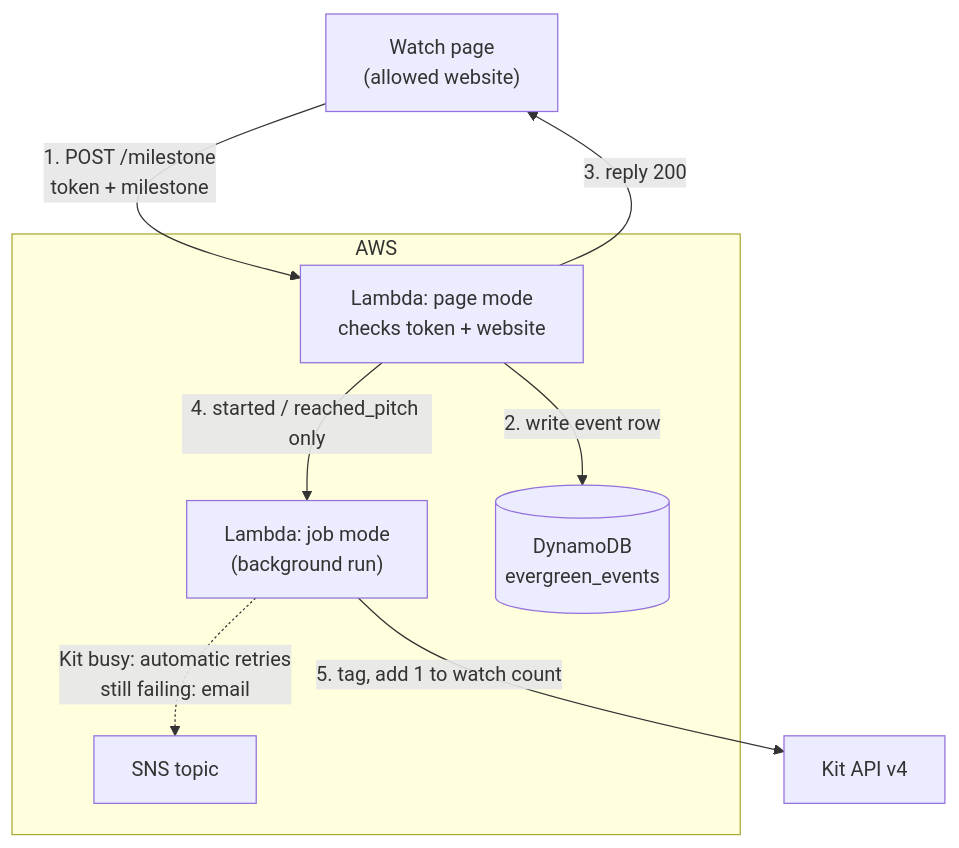
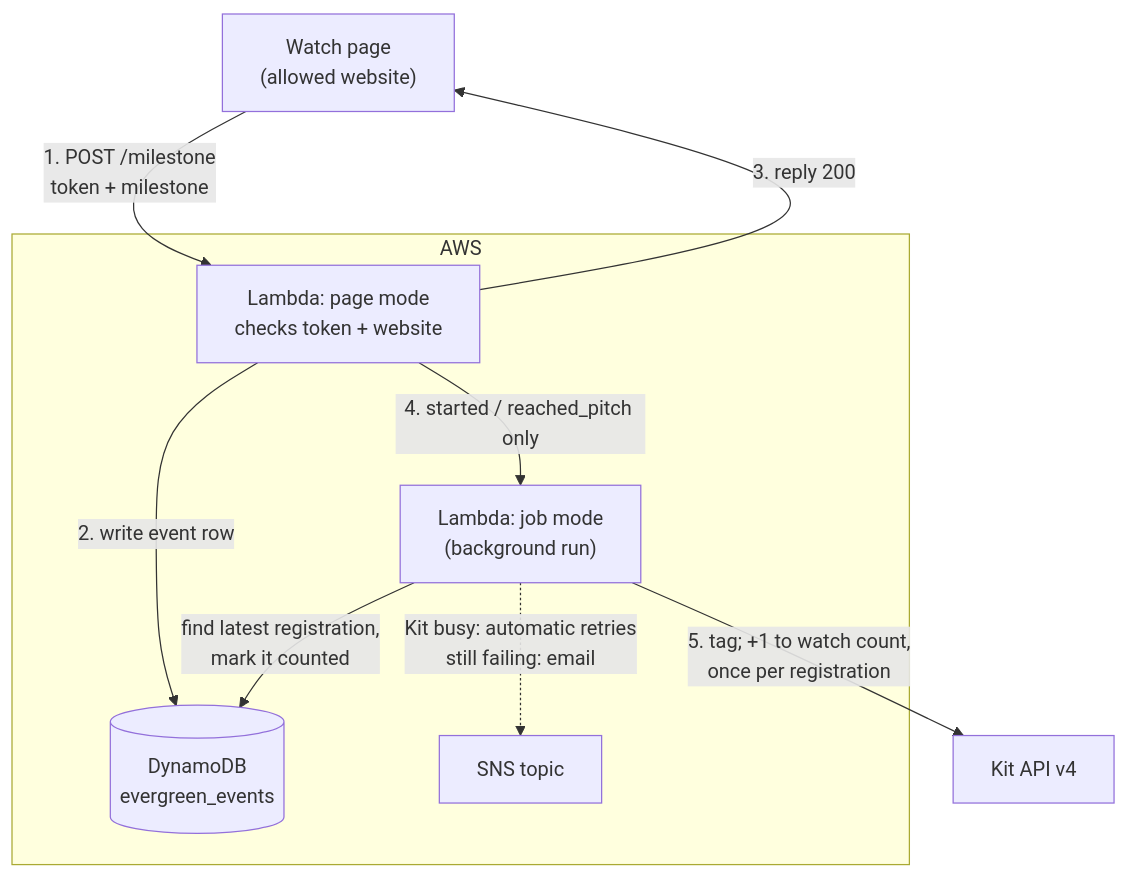
The diagram in evergreen-sms-webinar-watch-python/README.md (fire-crest/zki-lambda), drawn with Mermaid before and after one commit. The commit also changed other lines of this file and 5 other files, not shown here.

Commit message:
Only increment watched field once per registration

````diff
--- a/evergreen-sms-webinar-watch-python/README.md
+++ b/evergreen-sms-webinar-watch-python/README.md
@@ -11,15 +11,16 @@
 ```mermaid
 flowchart TD
     Page["Watch page<br/>(allowed website)"] -->|"1. POST /milestone<br/>token + milestone"| Fn
     subgraph AWS
         Fn["Lambda: page mode<br/>checks token + website"]
         Job["Lambda: job mode<br/>(background run)"]
         DB[("DynamoDB<br/>evergreen_events")]
         SNS["SNS topic"]
     end
     Fn -->|"2. write event row"| DB
     Fn -->|"3. reply 200"| Page
     Fn -->|"4. started / reached_pitch only"| Job
-    Job -->|"5. tag, add 1 to watch count"| Kit["Kit API v4"]
+    Job -->|"5. tag; +1 to watch count,<br/>once per registration"| Kit["Kit API v4"]
+    Job -->|"find latest registration,<br/>mark it counted"| DB
     Job -. "Kit busy: automatic retries<br/>still failing: email" .-> SNS
 ```
````
